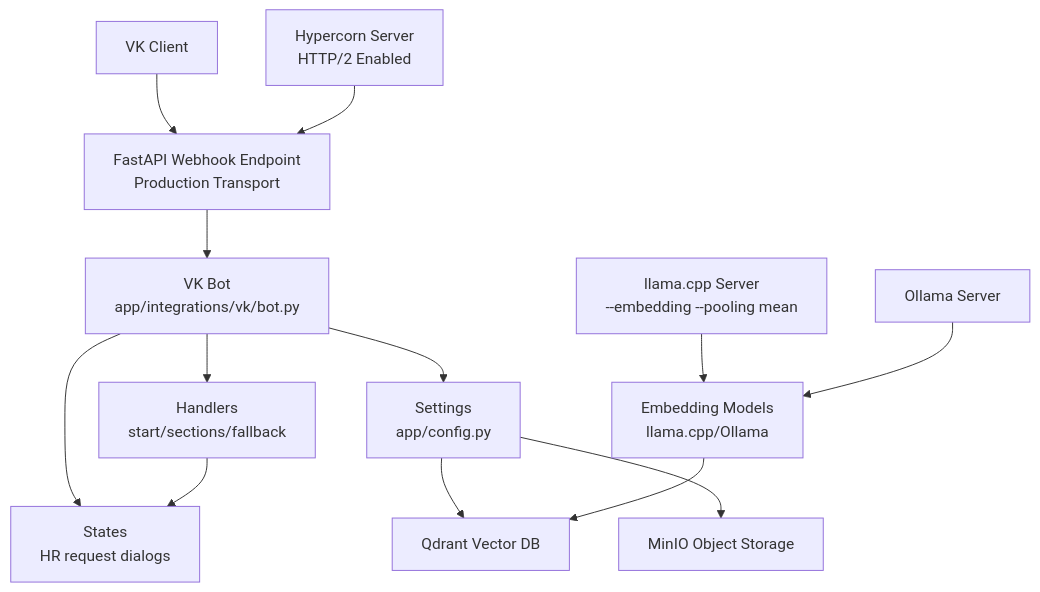
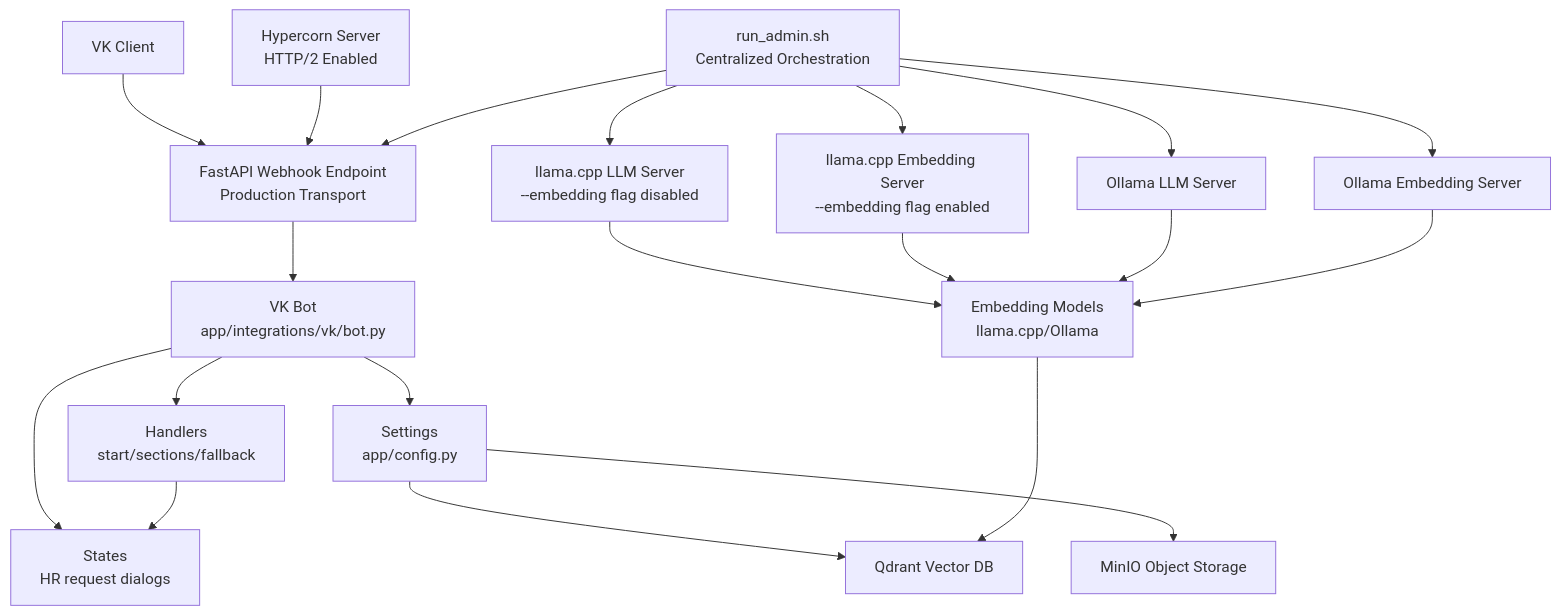
The second of 11 diagrams in .qoder/repowiki/en/content/Deployment and Operations.md (ognelis/cafetera_hr_bot), drawn with Mermaid before and after one commit. The commit also changed other lines of this file and 4 other files, not shown here.

````diff
--- a/.qoder/repowiki/en/content/Deployment and Operations.md
+++ b/.qoder/repowiki/en/content/Deployment and Operations.md
@@ -151,27 +173,37 @@
 ```mermaid
 graph TB
 Client["VK Client"]
 Webhook["FastAPI Webhook Endpoint<br/>Production Transport"]
 Bot["VK Bot<br/>app/integrations/vk/bot.py"]
 Handlers["Handlers<br/>start/sections/fallback"]
 States["States<br/>HR request dialogs"]
 Config["Settings<br/>app/config.py"]
 Qdrant["Qdrant Vector DB"]
 MinIO["MinIO Object Storage"]
 Embeddings["Embedding Models<br/>llama.cpp/Ollama"]
-LlamaServer["llama.cpp Server<br/>--embedding --pooling mean"]
-OllamaServer["Ollama Server"]
+LlamaLLM["llama.cpp LLM Server<br/>--embedding flag disabled"]
+LlamaEmbed["llama.cpp Embedding Server<br/>--embedding flag enabled"]
+OllamaLLM["Ollama LLM Server"]
+OllamaEmbed["Ollama Embedding Server"]
 Hypercorn["Hypercorn Server<br/>HTTP/2 Enabled"]
+Orchestrator["run_admin.sh<br/>Centralized Orchestration"]
 Client --> Webhook
 Webhook --> Bot
 Bot --> Handlers
 Bot --> States
 Bot --> Config
 Handlers --> States
 Config --> Qdrant
 Config --> MinIO
 Embeddings --> Qdrant
-LlamaServer --> Embeddings
-OllamaServer --> Embeddings
+LlamaLLM --> Embeddings
+LlamaEmbed --> Embeddings
+OllamaLLM --> Embeddings
+OllamaEmbed --> Embeddings
 Hypercorn --> Webhook
+Orchestrator --> Webhook
+Orchestrator --> LlamaLLM
+Orchestrator --> LlamaEmbed
+Orchestrator --> OllamaLLM
+Orchestrator --> OllamaEmbed
 ```
````
